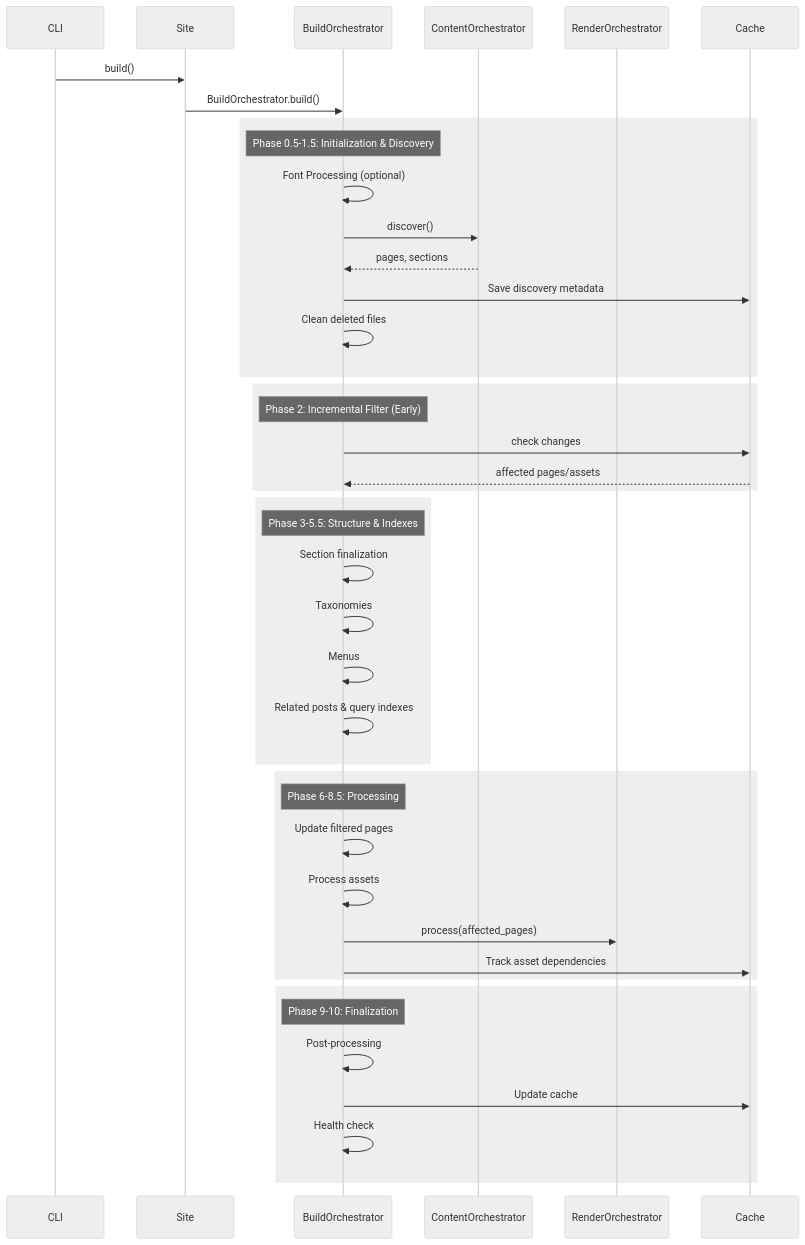
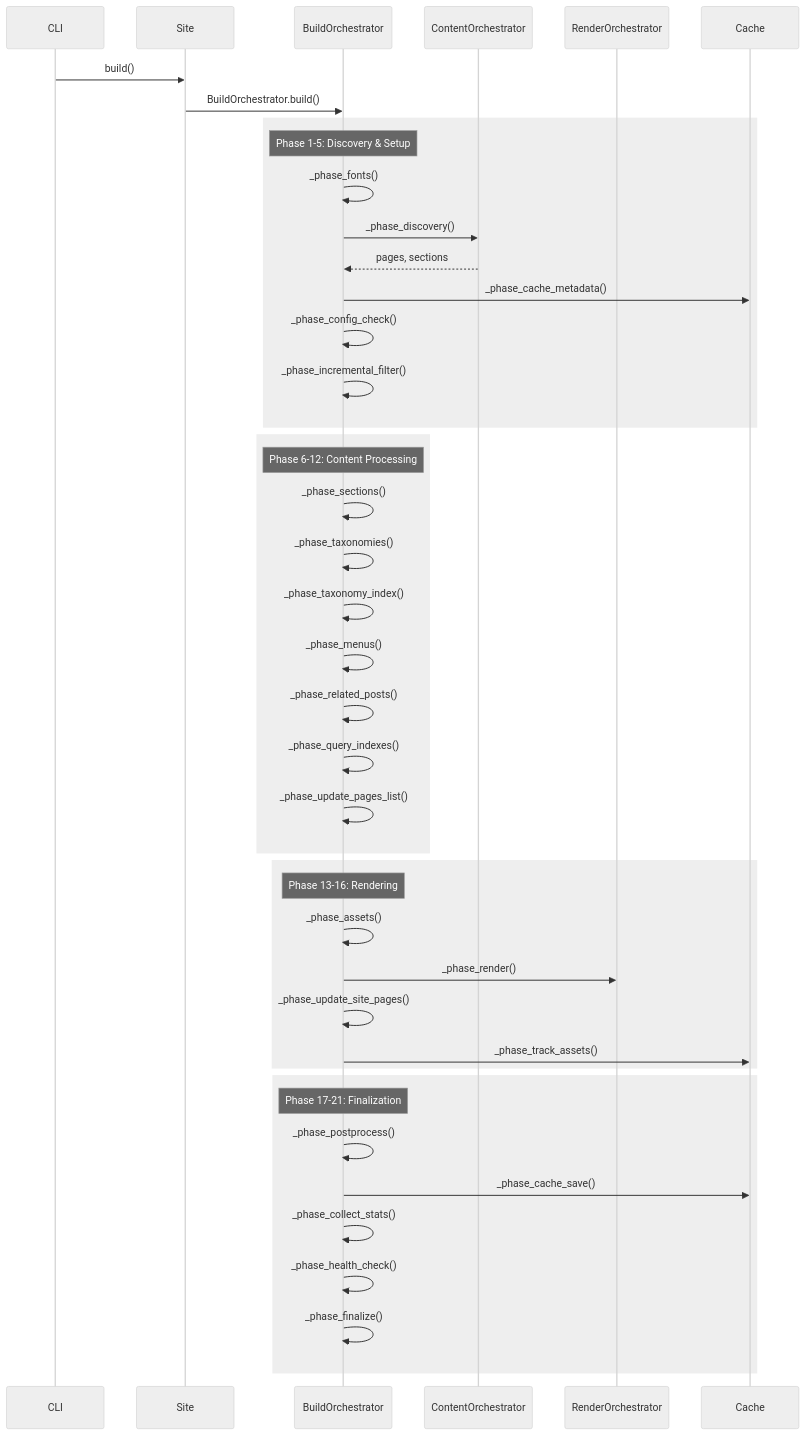
Before and after one commit to lbliii/bengal: the diagram in site/content/docs/reference/architecture/core/orchestration.md, drawn with Mermaid (neutral theme). The commit also changed other lines of this file, not shown here.

Commit message:
docs(architecture): update orchestration.md with 21-phase structure and phase method pattern

````diff
--- a/site/content/docs/reference/architecture/core/orchestration.md
+++ b/site/content/docs/reference/architecture/core/orchestration.md
@@ -27,50 +27,50 @@
 ```mermaid
 sequenceDiagram
     participant CLI
     participant Site
     participant BuildOrch as BuildOrchestrator
     participant ContentOrch as ContentOrchestrator
     participant RenderOrch as RenderOrchestrator
     participant Cache
 
     CLI->>Site: build()
     Site->>BuildOrch: BuildOrchestrator.build()
 
     rect
-    Note over BuildOrch: Phase 0.5-1.5: Initialization & Discovery
-    BuildOrch->>BuildOrch: Font Processing (optional)
-    BuildOrch->>ContentOrch: discover()
+    Note over BuildOrch: Phase 1-5: Discovery & Setup
+    BuildOrch->>BuildOrch: _phase_fonts()
+    BuildOrch->>ContentOrch: _phase_discovery()
     ContentOrch-->>BuildOrch: pages, sections
-    BuildOrch->>Cache: Save discovery metadata
-    BuildOrch->>BuildOrch: Clean deleted files
+    BuildOrch->>Cache: _phase_cache_metadata()
+    BuildOrch->>BuildOrch: _phase_config_check()
+    BuildOrch->>BuildOrch: _phase_incremental_filter()
     end
 
     rect
-    Note over BuildOrch: Phase 2: Incremental Filter (Early)
-    BuildOrch->>Cache: check changes
-    Cache-->>BuildOrch: affected pages/assets
+    Note over BuildOrch: Phase 6-12: Content Processing
+    BuildOrch->>BuildOrch: _phase_sections()
+    BuildOrch->>BuildOrch: _phase_taxonomies()
+    BuildOrch->>BuildOrch: _phase_taxonomy_index()
+    BuildOrch->>BuildOrch: _phase_menus()
+    BuildOrch->>BuildOrch: _phase_related_posts()
+    BuildOrch->>BuildOrch: _phase_query_indexes()
+    BuildOrch->>BuildOrch: _phase_update_pages_list()
     end
 
     rect
-    Note over BuildOrch: Phase 3-5.5: Structure & Indexes
-    BuildOrch->>BuildOrch: Section finalization
-    BuildOrch->>BuildOrch: Taxonomies
-    BuildOrch->>BuildOrch: Menus
-    BuildOrch->>BuildOrch: Related posts & query indexes
+    Note over BuildOrch: Phase 13-16: Rendering
+    BuildOrch->>BuildOrch: _phase_assets()
+    BuildOrch->>RenderOrch: _phase_render()
+    BuildOrch->>BuildOrch: _phase_update_site_pages()
+    BuildOrch->>Cache: _phase_track_assets()
     end
 
     rect
-    Note over BuildOrch: Phase 6-8.5: Processing
-    BuildOrch->>BuildOrch: Update filtered pages
-    BuildOrch->>BuildOrch: Process assets
-    BuildOrch->>RenderOrch: process(affected_pages)
-    BuildOrch->>Cache: Track asset dependencies
-    end
-
-    rect
-    Note over BuildOrch: Phase 9-10: Finalization
-    BuildOrch->>BuildOrch: Post-processing
-    BuildOrch->>Cache: Update cache
-    BuildOrch->>BuildOrch: Health check
+    Note over BuildOrch: Phase 17-21: Finalization
+    BuildOrch->>BuildOrch: _phase_postprocess()
+    BuildOrch->>Cache: _phase_cache_save()
+    BuildOrch->>BuildOrch: _phase_collect_stats()
+    BuildOrch->>BuildOrch: _phase_health_check()
+    BuildOrch->>BuildOrch: _phase_finalize()
     end
 ```
````
